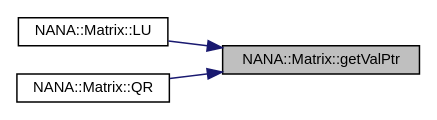
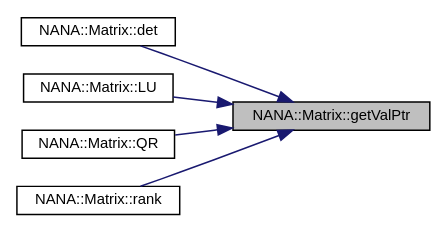
One commit to YuruTu/NANA changed the diagram in docs/class_n_a_n_a_1_1_matrix_ad485083f69fb71a764e8985322b8fb3e_icgraph.dot. Above: the diagram before and after it, drawn with Graphviz. The commit also changed 105 other files, not shown here.

```diff
--- a/docs/class_n_a_n_a_1_1_matrix_ad485083f69fb71a764e8985322b8fb3e_icgraph.dot
+++ b/docs/class_n_a_n_a_1_1_matrix_ad485083f69fb71a764e8985322b8fb3e_icgraph.dot
@@ -1,12 +1,16 @@
 digraph "NANA::Matrix::getValPtr"
 {
  // LATEX_PDF_SIZE
   edge [fontname="Helvetica",fontsize="10",labelfontname="Helvetica",labelfontsize="10"];
   node [fontname="Helvetica",fontsize="10",shape=record];
   rankdir="RL";
   Node1 [label="NANA::Matrix::getValPtr",height=0.2,width=0.4,color="black", fillcolor="grey75", style="filled", fontcolor="black",tooltip="获取值的指针"];
   Node1 -> Node2 [dir="back",color="midnightblue",fontsize="10",style="solid",fontname="Helvetica"];
-  Node2 [label="NANA::Matrix::LU",height=0.2,width=0.4,color="black", fillcolor="white", style="filled",URL="$class_n_a_n_a_1_1_matrix.html#a4fa999237fe4b55b662bcd8e38707d1e",tooltip="实现矩阵的LU分解"];
+  Node2 [label="NANA::Matrix::det",height=0.2,width=0.4,color="black", fillcolor="white", style="filled",URL="$class_n_a_n_a_1_1_matrix.html#abc38a025de0550a8d856fecf1e19910e",tooltip="求矩阵行列式的值"];
   Node1 -> Node3 [dir="back",color="midnightblue",fontsize="10",style="solid",fontname="Helvetica"];
-  Node3 [label="NANA::Matrix::QR",height=0.2,width=0.4,color="black", fillcolor="white", style="filled",URL="$class_n_a_n_a_1_1_matrix.html#aa7c0b878879e366512929f60b01b883b",tooltip="基于豪斯荷尔德变换实现矩阵的QR分解"];
+  Node3 [label="NANA::Matrix::LU",height=0.2,width=0.4,color="black", fillcolor="white", style="filled",URL="$class_n_a_n_a_1_1_matrix.html#a4fa999237fe4b55b662bcd8e38707d1e",tooltip="实现矩阵的LU分解"];
+  Node1 -> Node4 [dir="back",color="midnightblue",fontsize="10",style="solid",fontname="Helvetica"];
+  Node4 [label="NANA::Matrix::QR",height=0.2,width=0.4,color="black", fillcolor="white", style="filled",URL="$class_n_a_n_a_1_1_matrix.html#aa7c0b878879e366512929f60b01b883b",tooltip="基于豪斯荷尔德变换实现矩阵的QR分解"];
+  Node1 -> Node5 [dir="back",color="midnightblue",fontsize="10",style="solid",fontname="Helvetica"];
+  Node5 [label="NANA::Matrix::rank",height=0.2,width=0.4,color="black", fillcolor="white", style="filled",URL="$class_n_a_n_a_1_1_matrix.html#a88be45600d7dd39bd348a51a756e7e37",tooltip="求矩阵的秩"];
 }
```
